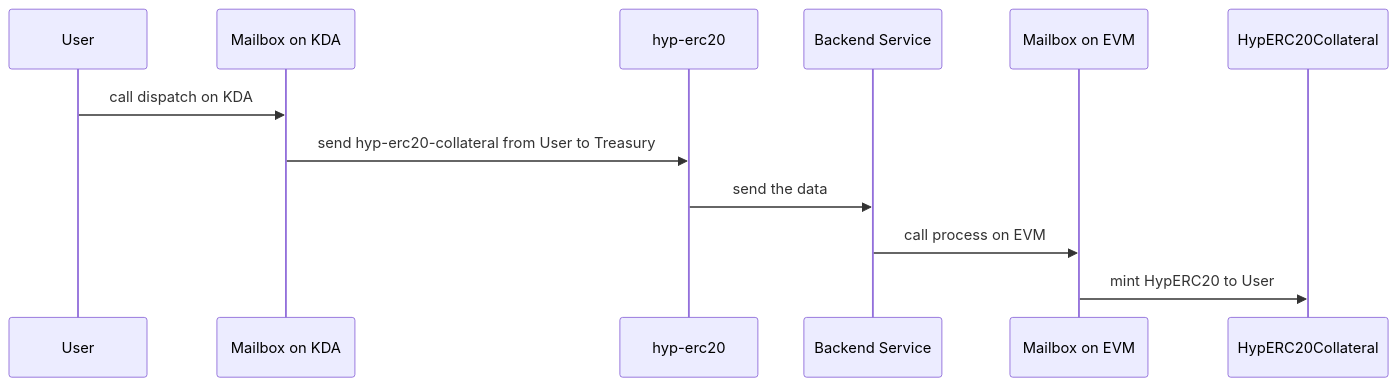
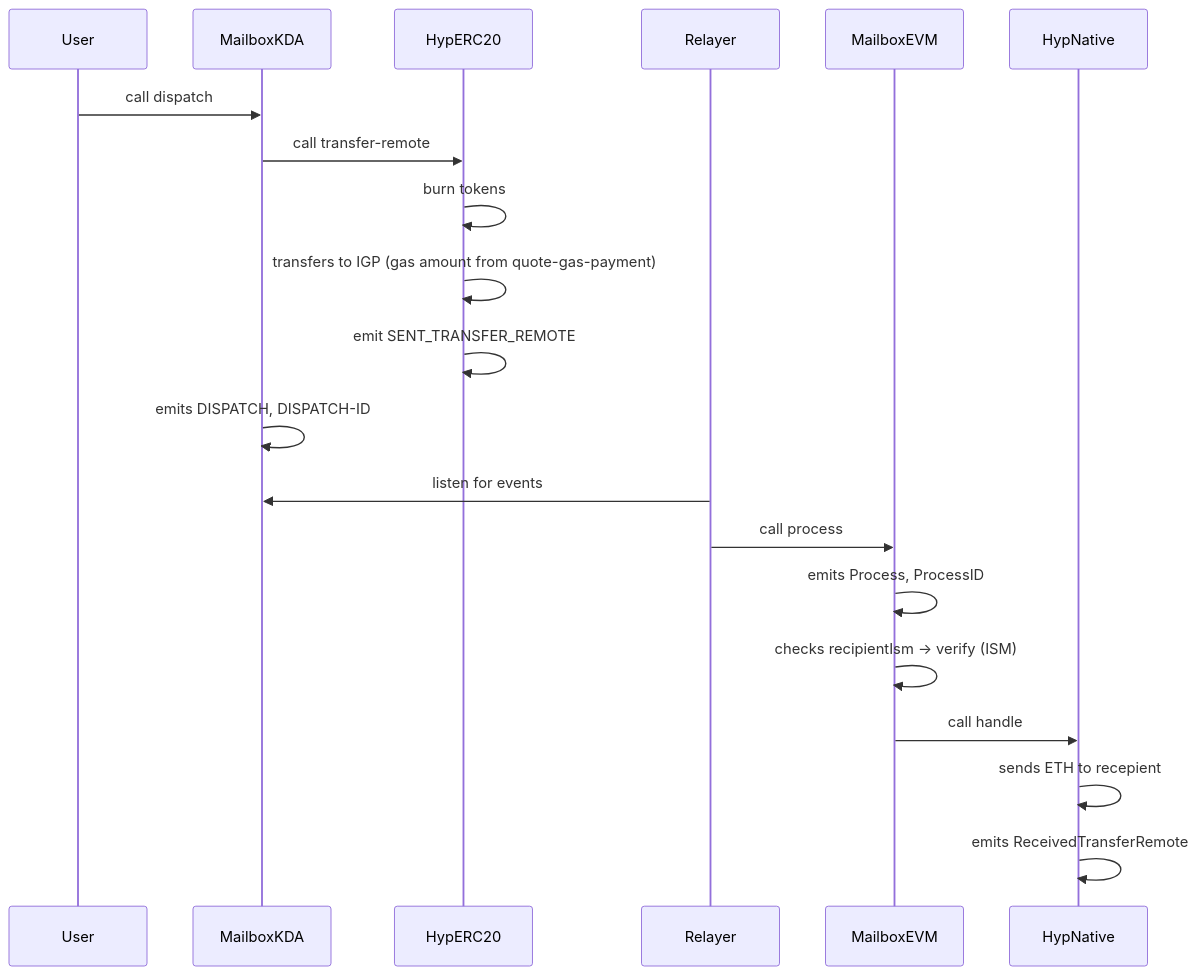
The fifth of 8 diagrams in docs/bridge-flow.md (RastkoDev/smart-contracts), drawn with Mermaid before and after one commit. The commit also changed other lines of this file, not shown here.

Commit message:
docs: update bridge flow documentation with detailed sequence diagrams for ETH to KDA and KDA to ETH transfers

````diff
--- a/docs/bridge-flow.md
+++ b/docs/bridge-flow.md
@@ -45,15 +125,24 @@
 ```mermaid
 sequenceDiagram
-    participant U as User
-    participant MKDA as Mailbox on KDA
-    participant KDA as hyp-erc20
-    participant BE as Backend Service
-    participant MEVM as Mailbox on EVM
-    participant EVM as HypERC20Collateral
+    participant User
+    participant MailboxKDA as MailboxKDA
+    participant HypERC20KDA as HypERC20
+    participant Relayer
+    participant MailboxETH as MailboxEVM
+    participant HypNative as HypNative
 
-    U->>MKDA: call dispatch on KDA
-    MKDA->>KDA: send hyp-erc20-collateral from User to Treasury
-    KDA->>BE: send the data
-    BE->>MEVM: call process on EVM
-    MEVM->>EVM: mint HypERC20 to User
+    User->>MailboxKDA: call dispatch
+    MailboxKDA->>HypERC20KDA: call transfer-remote
+    HypERC20KDA->>HypERC20KDA: burn tokens
+    HypERC20KDA->>HypERC20KDA: transfers to IGP (gas amount from quote-gas-payment)
+    HypERC20KDA->>HypERC20KDA: emit SENT_TRANSFER_REMOTE
+
+    MailboxKDA->>MailboxKDA: emits DISPATCH, DISPATCH-ID
+    Relayer->>MailboxKDA: listen for events
+    Relayer->>MailboxETH: call process
+    MailboxETH->>MailboxETH: emits Process, ProcessID
+    MailboxETH->>MailboxETH: checks recipientIsm -> verify (ISM)
+    MailboxETH->>HypNative: call handle
+    HypNative->>HypNative: sends ETH to recepient
+    HypNative->>HypNative: emits ReceivedTransferRemote
 ```
````
